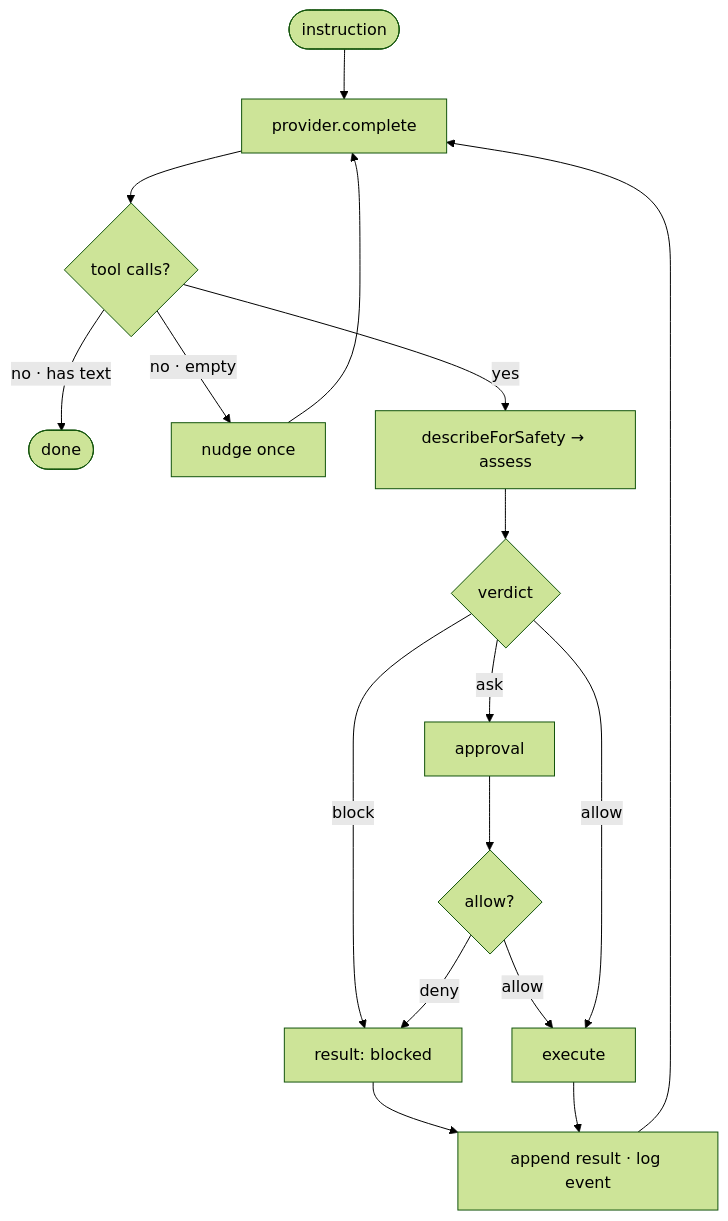
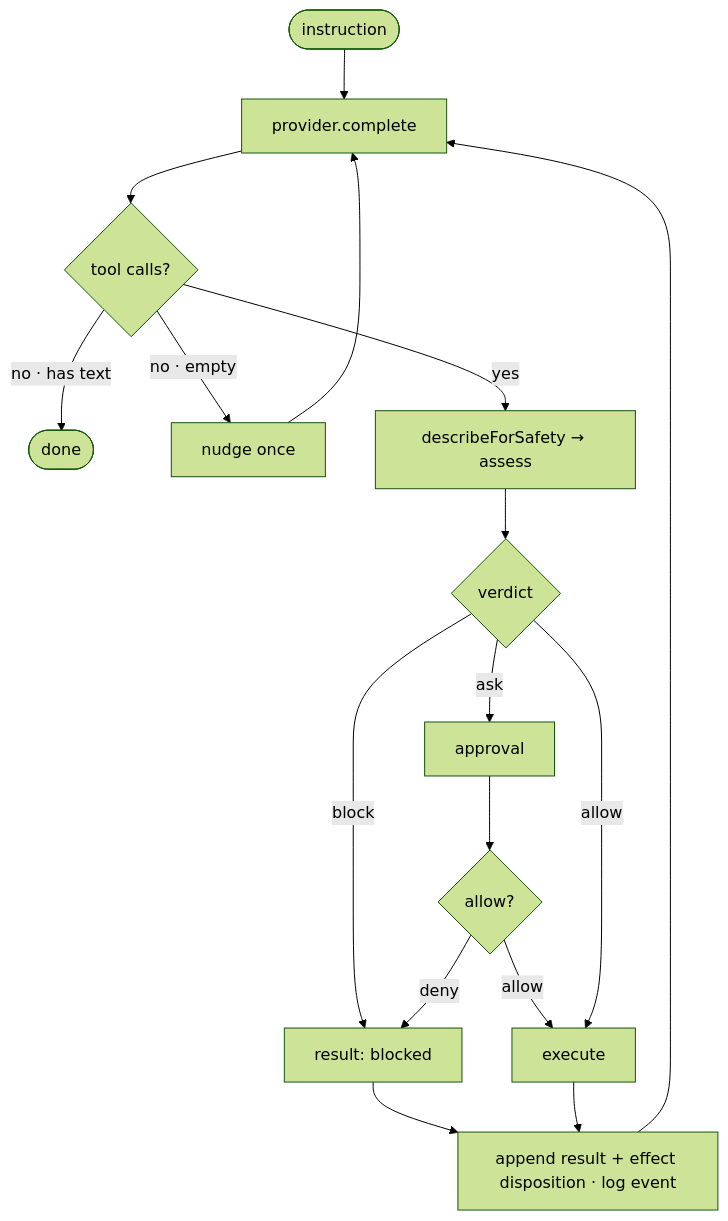
The diagram in vanta-website/docs/agent-loop.md (jpoindexter/Vanta), drawn with Mermaid (forest theme) before and after one commit. The commit also changed other lines of this file and 17 other files, not shown here.

````diff
--- a/vanta-website/docs/agent-loop.md
+++ b/vanta-website/docs/agent-loop.md
@@ -29,16 +29,16 @@
 ```mermaid
 flowchart TD
   s([instruction]) --> c[provider.complete]
   c --> q{tool calls?}
   q -->|"no · has text"| done([done])
   q -->|"no · empty"| nudge[nudge once] --> c
   q -->|yes| g["describeForSafety → assess"]
   g --> v{verdict}
   v -->|block| blocked["result: blocked"] --> append
   v -->|ask| ap[approval] --> v2{allow?}
   v2 -->|deny| blocked
   v2 -->|allow| ex[execute]
   v -->|allow| ex[execute]
-  ex --> append["append result · log event"]
+  ex --> append["append result + effect disposition · log event"]
   append --> c
 ```
````
